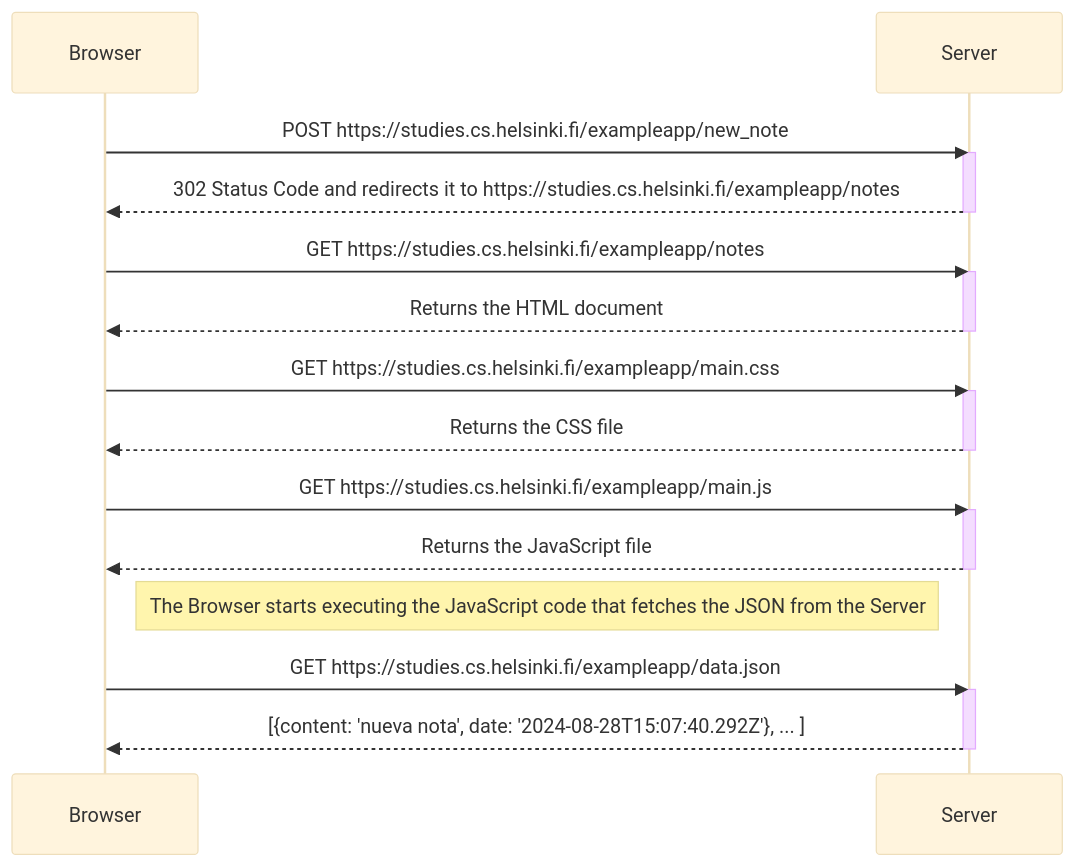
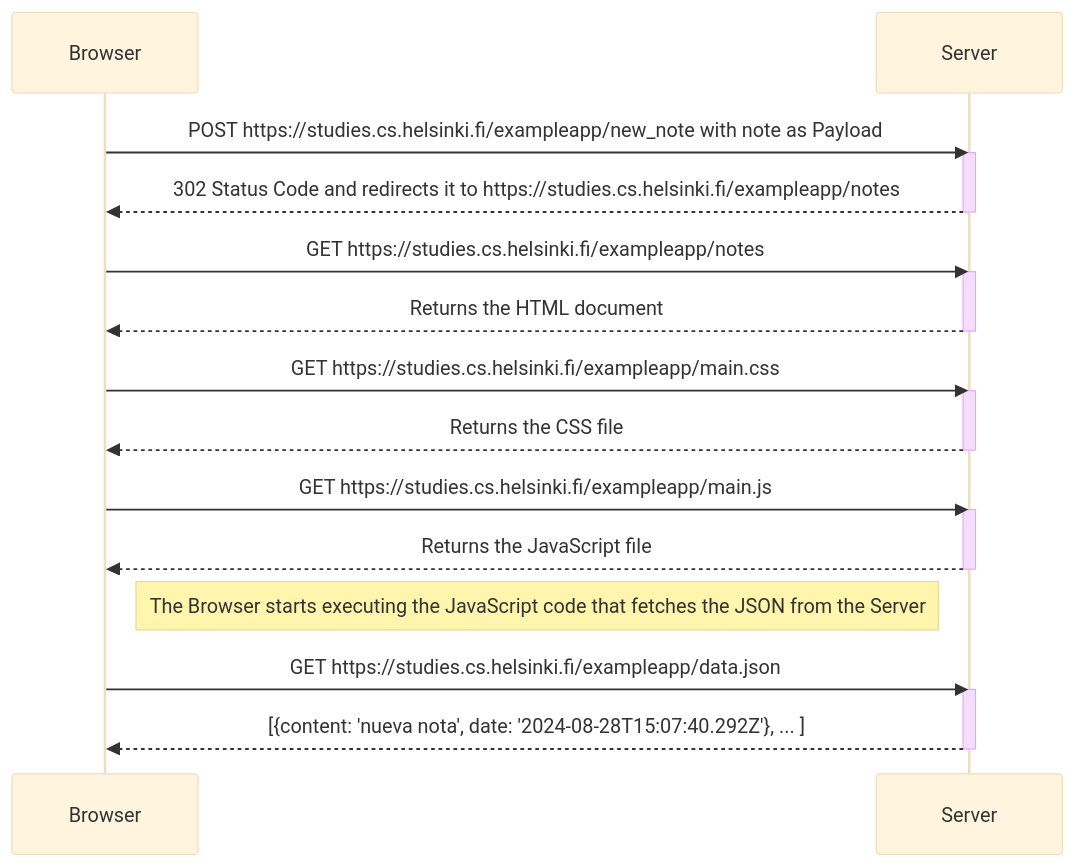
Before and after one commit to devratdave/fullstackwebdev: the diagram in part0/newNoteDiagram.md, drawn with Mermaid (base theme).

Commit message:
final 0.4

````diff
--- a/part0/newNoteDiagram.md
+++ b/part0/newNoteDiagram.md
@@ -1,35 +1,35 @@
 ```mermaid
 
 sequenceDiagram
     participant Browser
     participant Server
 
-    Browser->>Server: POST https://studies.cs.helsinki.fi/exampleapp/new_note
+    Browser->>Server: POST https://studies.cs.helsinki.fi/exampleapp/new_note with note as Payload
     activate Server
     Server-->>Browser: 302 Status Code and redirects it to https://studies.cs.helsinki.fi/exampleapp/notes 
     deactivate Server
 
     Browser->>Server: GET https://studies.cs.helsinki.fi/exampleapp/notes
     activate Server
     Server-->>Browser: Returns the HTML document
     deactivate Server
 
     Browser->>Server: GET https://studies.cs.helsinki.fi/exampleapp/main.css
     activate Server
     Server-->>Browser: Returns the CSS file
     deactivate Server
 
     Browser->>Server: GET https://studies.cs.helsinki.fi/exampleapp/main.js
     activate Server
     Server-->>Browser: Returns the JavaScript file
     deactivate Server
 
     Note right of Browser: The Browser starts executing the JavaScript code that fetches the JSON from the Server
 
     Browser->>Server: GET https://studies.cs.helsinki.fi/exampleapp/data.json
     activate Server
     Server-->>Browser: [{content: 'nueva nota', date: '2024-08-28T15:07:40.292Z'}, ... ]
     deactivate Server
 
     
 ```
````
